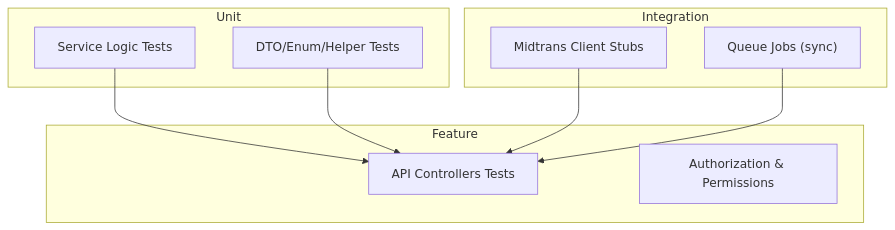
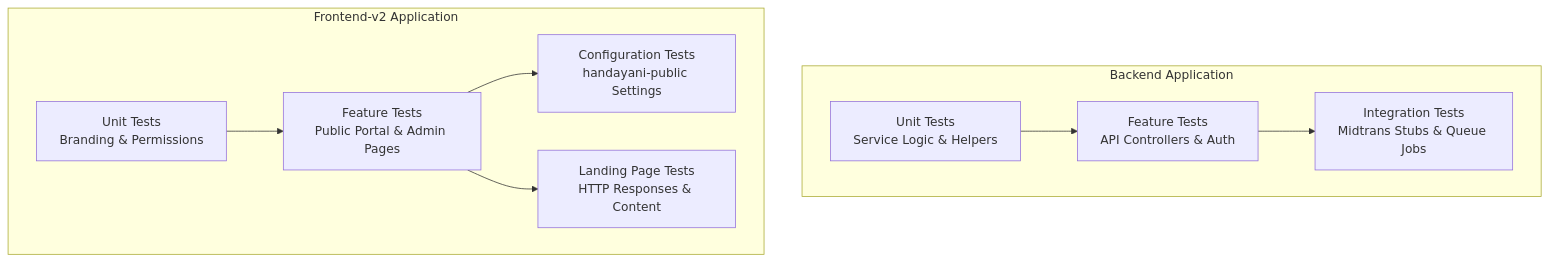
The second of 6 diagrams in .qoder/repowiki/en/content/Testing Strategy.md (Fathurrahman-R/Manajemen-Keuangan-dan-SPP-Handayani), drawn with Mermaid before and after one commit. The commit also changed other lines of this file and 77 other files, not shown here.

````diff
--- a/.qoder/repowiki/en/content/Testing Strategy.md
+++ b/.qoder/repowiki/en/content/Testing Strategy.md
@@ -86,19 +117,19 @@
 ```mermaid
 graph TB
-subgraph "Unit"
-U1["Service Logic Tests"]
-U2["DTO/Enum/Helper Tests"]
+subgraph "Backend Application"
+B1["Unit Tests<br/>Service Logic & Helpers"]
+B2["Feature Tests<br/>API Controllers & Auth"]
+B3["Integration Tests<br/>Midtrans Stubs & Queue Jobs"]
 end
-subgraph "Feature"
-F1["API Controllers Tests"]
-F2["Authorization & Permissions"]
+subgraph "Frontend-v2 Application"
+F1["Unit Tests<br/>Branding & Permissions"]
+F2["Feature Tests<br/>Public Portal & Admin Pages"]
+F3["Configuration Tests<br/>handayani-public Settings"]
+F4["Landing Page Tests<br/>HTTP Responses & Content"]
 end
-subgraph "Integration"
-I1["Midtrans Client Stubs"]
-I2["Queue Jobs (sync)"]
-end
-U1 --> F1
-U2 --> F1
-I1 --> F1
-I2 --> F1
+B1 --> B2
+B2 --> B3
+F1 --> F2
+F2 --> F3
+F2 --> F4
 ```
````
